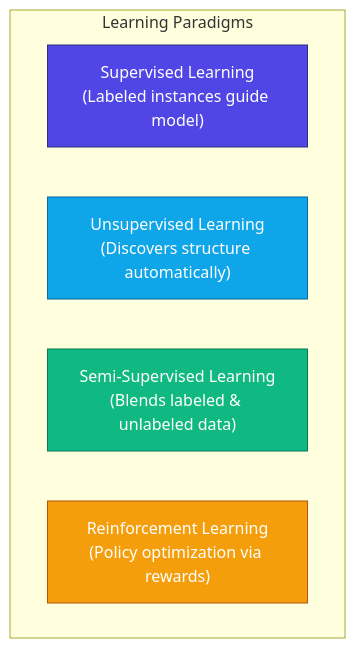
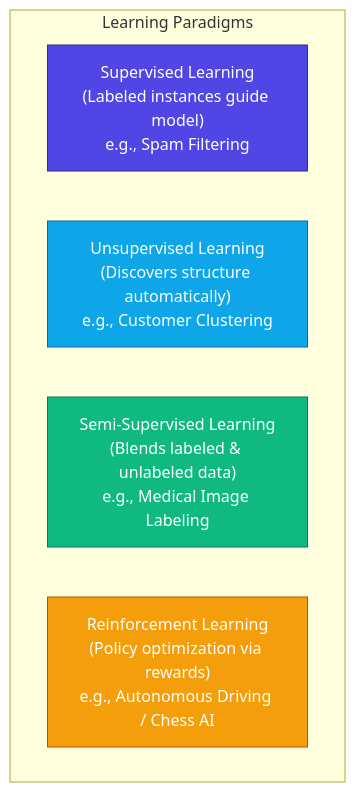
One commit to vdonthireddy/ai-course changed the third of 11 diagrams in README.md. Above: the diagram before and after it, drawn with Mermaid.

Commit message:
Docs: Add real-world examples to paradigms in Module 2 flowchart

````diff
--- a/README.md
+++ b/README.md
@@ -83,14 +83,14 @@
 ```mermaid
 flowchart TD
     subgraph Paradigms [Learning Paradigms]
         direction LR
-        A["Supervised Learning<br/>(Labeled instances guide model)"]
-        B["Unsupervised Learning<br/>(Discovers structure automatically)"]
-        C["Semi-Supervised Learning<br/>(Blends labeled & unlabeled data)"]
-        D["Reinforcement Learning<br/>(Policy optimization via rewards)"]
+        A["Supervised Learning<br/>(Labeled instances guide model)<br/>e.g., Spam Filtering"]
+        B["Unsupervised Learning<br/>(Discovers structure automatically)<br/>e.g., Customer Clustering"]
+        C["Semi-Supervised Learning<br/>(Blends labeled & unlabeled data)<br/>e.g., Medical Image Labeling"]
+        D["Reinforcement Learning<br/>(Policy optimization via rewards)<br/>e.g., Autonomous Driving / Chess AI"]
     end
     style A fill:#4F46E5,stroke:#312E81,stroke-width:1px,color:#FFF
     style B fill:#0EA5E9,stroke:#0369A1,stroke-width:1px,color:#FFF
     style C fill:#10B981,stroke:#047857,stroke-width:1px,color:#FFF
     style D fill:#F59E0B,stroke:#B45309,stroke-width:1px,color:#FFF
 ```
````
